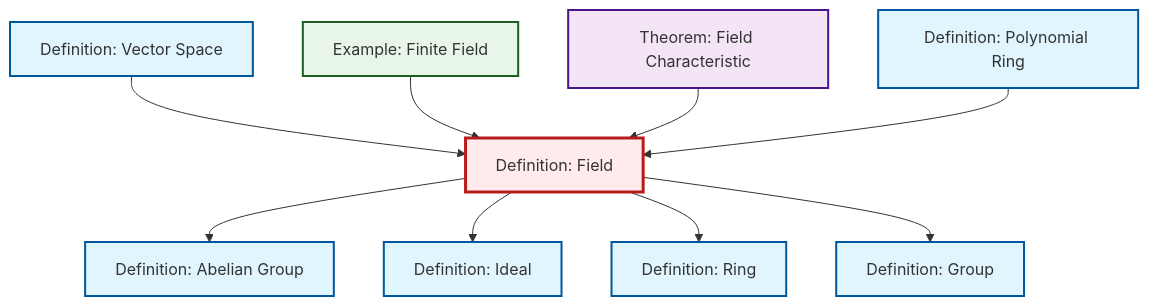
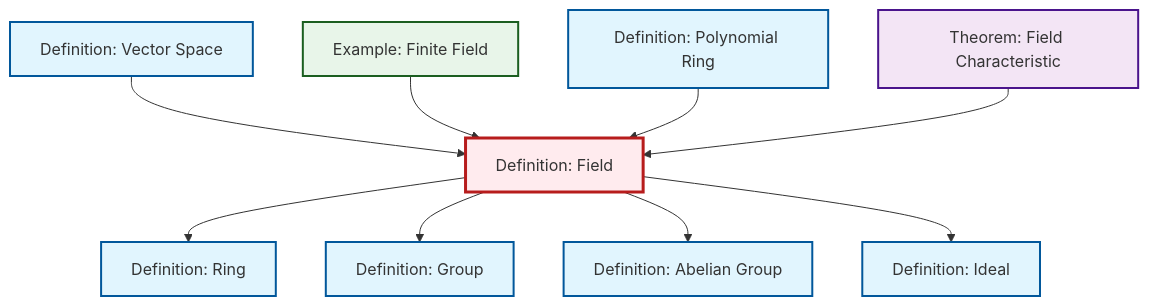
Before and after one commit to RK0429/ModernMath: the diagram in content/en/algebra/def-field.qmd, drawn with Mermaid. The commit also changed other lines of this file and 497 other files, not shown here.

````diff
--- a/content/en/algebra/def-field.qmd
+++ b/content/en/algebra/def-field.qmd
@@ -54,35 +54,35 @@
 ```{mermaid}
 %%| fig-cap: "Local dependency graph"
 graph TD
     classDef definition fill:#e1f5fe,stroke:#01579b,stroke-width:2px
     classDef theorem fill:#f3e5f5,stroke:#4a148c,stroke-width:2px
     classDef axiom fill:#fff3e0,stroke:#e65100,stroke-width:2px
     classDef example fill:#e8f5e9,stroke:#1b5e20,stroke-width:2px
     classDef current fill:#ffebee,stroke:#b71c1c,stroke-width:3px
+    def-field["Definition: Field"]:::definition
+    def-ideal["Definition: Ideal"]:::definition
+    def-vector-space["Definition: Vector Space"]:::definition
+    def-ring["Definition: Ring"]:::definition
+    def-group["Definition: Group"]:::definition
+    ex-finite-field["Example: Finite Field"]:::example
+    def-abelian-group["Definition: Abelian Group"]:::definition
+    def-polynomial-ring["Definition: Polynomial Ring"]:::definition
     thm-field-characteristic["Theorem: Field Characteristic"]:::theorem
-    def-abelian-group["Definition: Abelian Group"]:::definition
-    def-ideal["Definition: Ideal"]:::definition
-    def-field["Definition: Field"]:::definition
-    ex-finite-field["Example: Finite Field"]:::example
-    def-vector-space["Definition: Vector Space"]:::definition
-    def-polynomial-ring["Definition: Polynomial Ring"]:::definition
-    def-group["Definition: Group"]:::definition
-    def-ring["Definition: Ring"]:::definition
     def-vector-space --> def-field
+    def-field --> def-ring
+    ex-finite-field --> def-field
+    def-field --> def-group
     def-field --> def-abelian-group
-    ex-finite-field --> def-field
+    def-polynomial-ring --> def-field
+    thm-field-characteristic --> def-field
     def-field --> def-ideal
-    thm-field-characteristic --> def-field
-    def-field --> def-ring
-    def-field --> def-group
-    def-polynomial-ring --> def-field
     class def-field current
+    click def-ideal "def-ideal.html" "Go to Ideal definition"
+    click def-vector-space "def-vector-space.html" "Go to Vector Space definition"
+    click def-ring "def-ring.html" "Go to Ring definition"
+    click def-group "def-group.html" "Go to Group definition"
+    click ex-finite-field "ex-finite-field.html" "Go to Finite Field example"
+    click def-abelian-group "def-abelian-group.html" "Go to Abelian Group definition"
+    click def-polynomial-ring "def-polynomial-ring.html" "Go to Polynomial Ring definition"
     click thm-field-characteristic "thm-field-characteristic.html" "Go to Field Characteristic theorem"
-    click def-abelian-group "def-abelian-group.html" "Go to Abelian Group definition"
-    click def-ideal "def-ideal.html" "Go to Ideal definition"
-    click ex-finite-field "ex-finite-field.html" "Go to Finite Field example"
-    click def-vector-space "def-vector-space.html" "Go to Vector Space definition"
-    click def-polynomial-ring "def-polynomial-ring.html" "Go to Polynomial Ring definition"
-    click def-group "def-group.html" "Go to Group definition"
-    click def-ring "def-ring.html" "Go to Ring definition"
 ```
````
